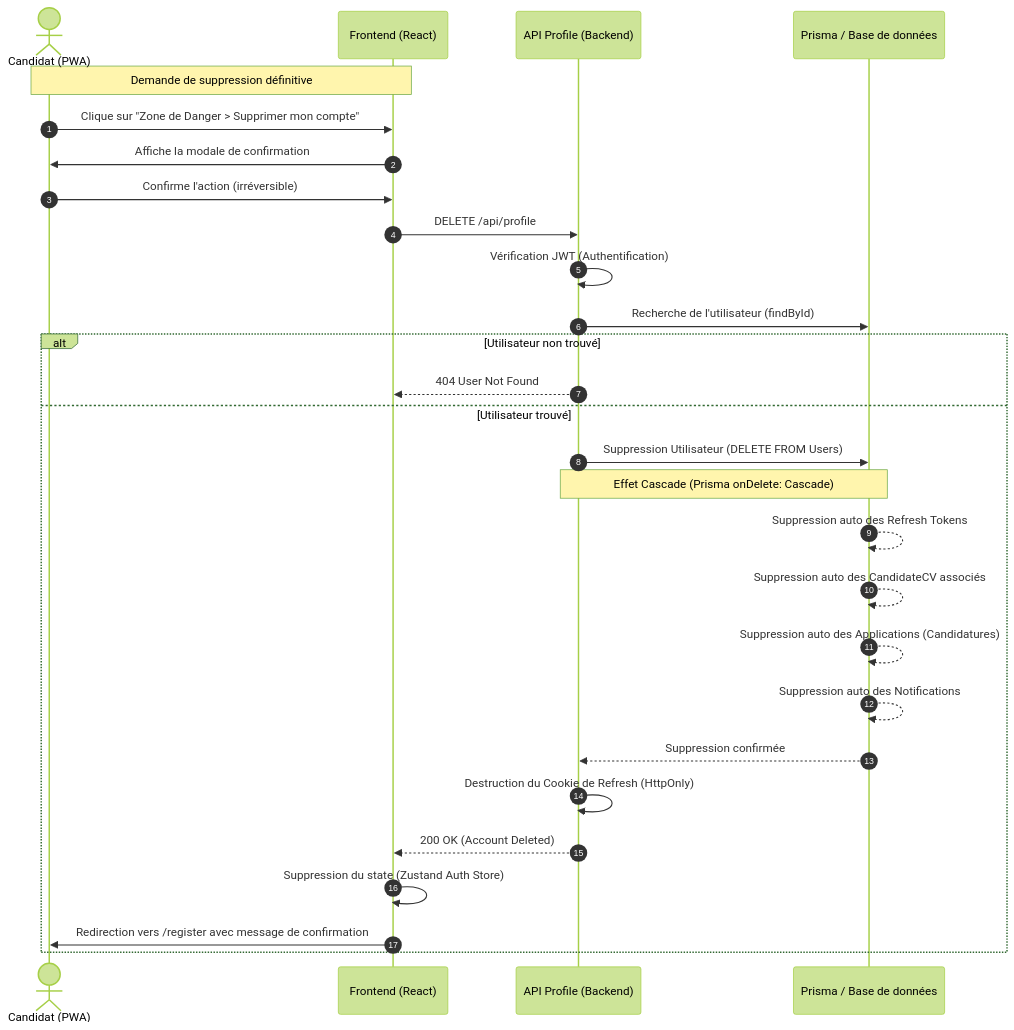
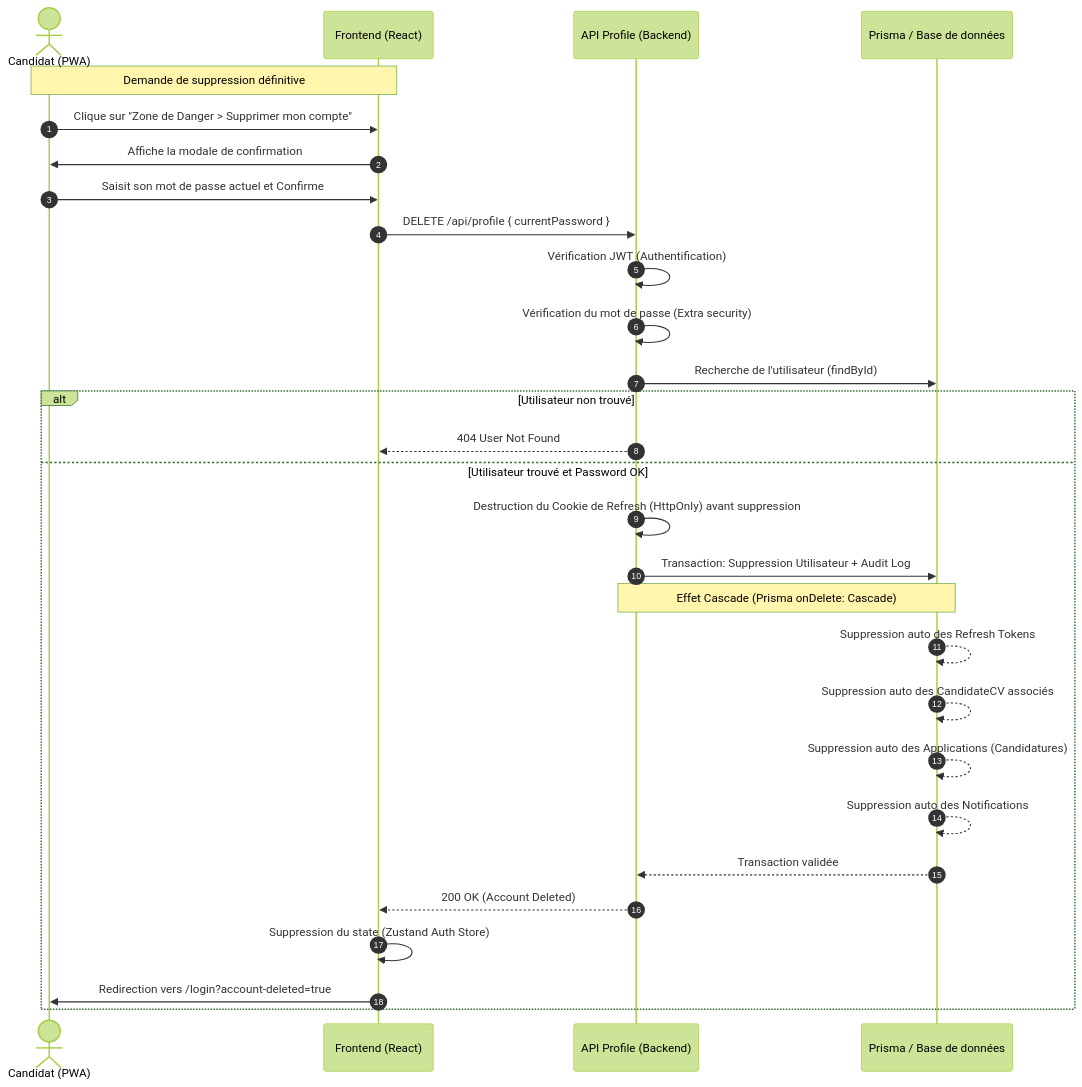
Before and after one commit to foudhilriahi/schulte: the diagram in diagramms/18_gdpr_compliance.md, drawn with Mermaid (forest theme). The commit also changed 31 other files, not shown here.

````diff
--- a/diagramms/18_gdpr_compliance.md
+++ b/diagramms/18_gdpr_compliance.md
@@ -5,37 +5,38 @@
 ```mermaid
 sequenceDiagram
     autonumber
     actor C as Candidat (PWA)
     participant F as Frontend (React)
     participant A as API Profile (Backend)
     participant DB as Prisma / Base de données
 
     Note over C, F: Demande de suppression définitive
     C->>F: Clique sur "Zone de Danger > Supprimer mon compte"
     F->>C: Affiche la modale de confirmation
-    C->>F: Confirme l'action (irréversible)
+    C->>F: Saisit son mot de passe actuel et Confirme
     
-    F->>A: DELETE /api/profile
+    F->>A: DELETE /api/profile { currentPassword }
     A->>A: Vérification JWT (Authentification)
+    A->>A: Vérification du mot de passe (Extra security)
     A->>DB: Recherche de l'utilisateur (findById)
     
     alt Utilisateur non trouvé
         A-->>F: 404 User Not Found
-    else Utilisateur trouvé
-        A->>DB: Suppression Utilisateur (DELETE FROM Users)
+    else Utilisateur trouvé et Password OK
+        A->>A: Destruction du Cookie de Refresh (HttpOnly) avant suppression
+        A->>DB: Transaction: Suppression Utilisateur + Audit Log
         
         Note over A, DB: Effet Cascade (Prisma onDelete: Cascade)
         DB-->>DB: Suppression auto des Refresh Tokens
         DB-->>DB: Suppression auto des CandidateCV associés
         DB-->>DB: Suppression auto des Applications (Candidatures)
         DB-->>DB: Suppression auto des Notifications
         
-        DB-->>A: Suppression confirmée
+        DB-->>A: Transaction validée
         
-        A->>A: Destruction du Cookie de Refresh (HttpOnly)
         A-->>F: 200 OK (Account Deleted)
         
         F->>F: Suppression du state (Zustand Auth Store)
-        F->>C: Redirection vers /register avec message de confirmation
+        F->>C: Redirection vers /login?account-deleted=true
     end
 ```
````
